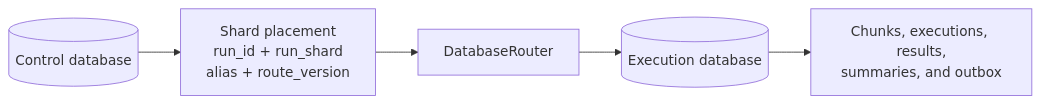
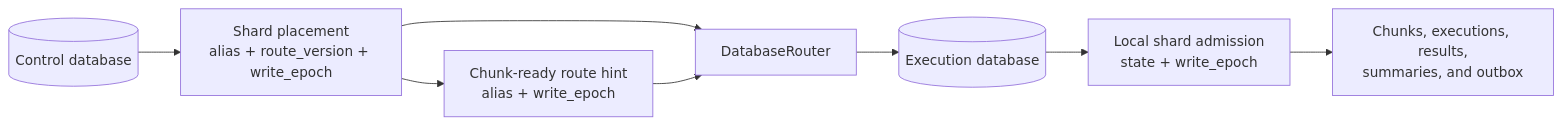
The first of 4 diagrams in web/docs/architecture/scaling/index.mdx (gregl83/agent-vigilo), drawn with Mermaid before and after one commit. The commit also changed other lines of this file and 31 other files, not shown here.

````diff
--- a/web/docs/architecture/scaling/index.mdx
+++ b/web/docs/architecture/scaling/index.mdx
@@ -25,10 +25,14 @@
 ```mermaid
 flowchart LR
     control[("Control database")]
-    route["Shard placement<br/>run_id + run_shard<br/>alias + route_version"]
+    route["Shard placement<br/>alias + route_version + write_epoch"]
     router["DatabaseRouter"]
+    message["Chunk-ready route hint<br/>alias + write_epoch"]
     target[("Execution database")]
+    admission["Local shard admission<br/>state + write_epoch"]
     data["Chunks, executions, results,<br/>summaries, and outbox"]
 
-    control --> route --> router --> target --> data
+    control --> route --> router --> target
+    route --> message --> router
+    target --> admission --> data
 ```
````
